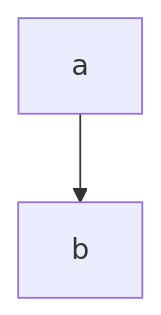
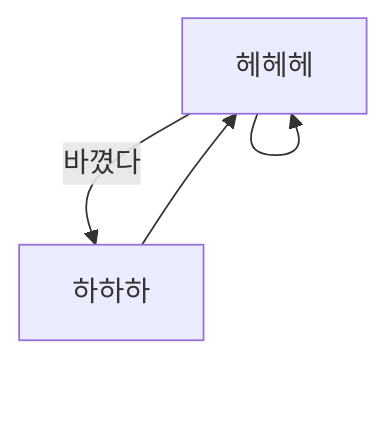
One commit to moonjb12/test-docks changed the first of 5 diagrams in test_mermaid/README.md. Above: the diagram before and after it, drawn with Mermaid. The commit also changed other lines of this file, not shown here.

````diff
--- a/test_mermaid/README.md
+++ b/test_mermaid/README.md
@@ -5,4 +5,8 @@
 ```mermaid
 flowchart TB
-  a --> b
+  a["헤헤헤"]
+  b["하하하"]
+  a -->|바꼈다| b
+  a --> a
+  b --> a
 ```
````
